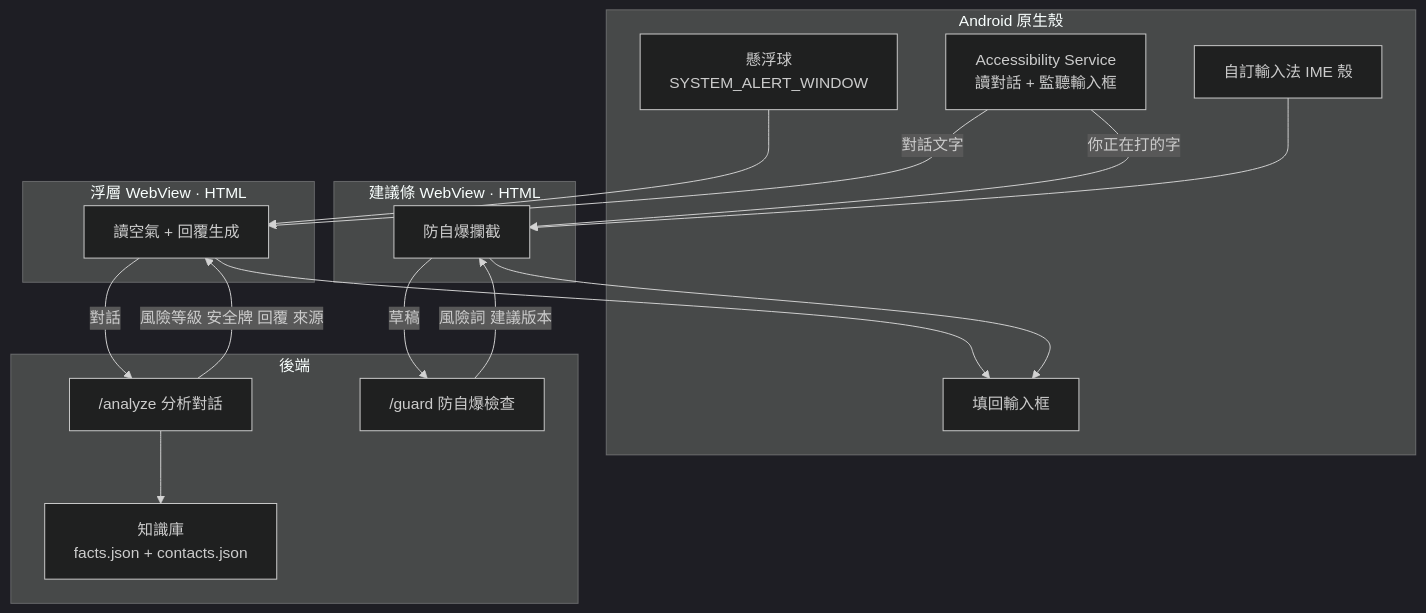
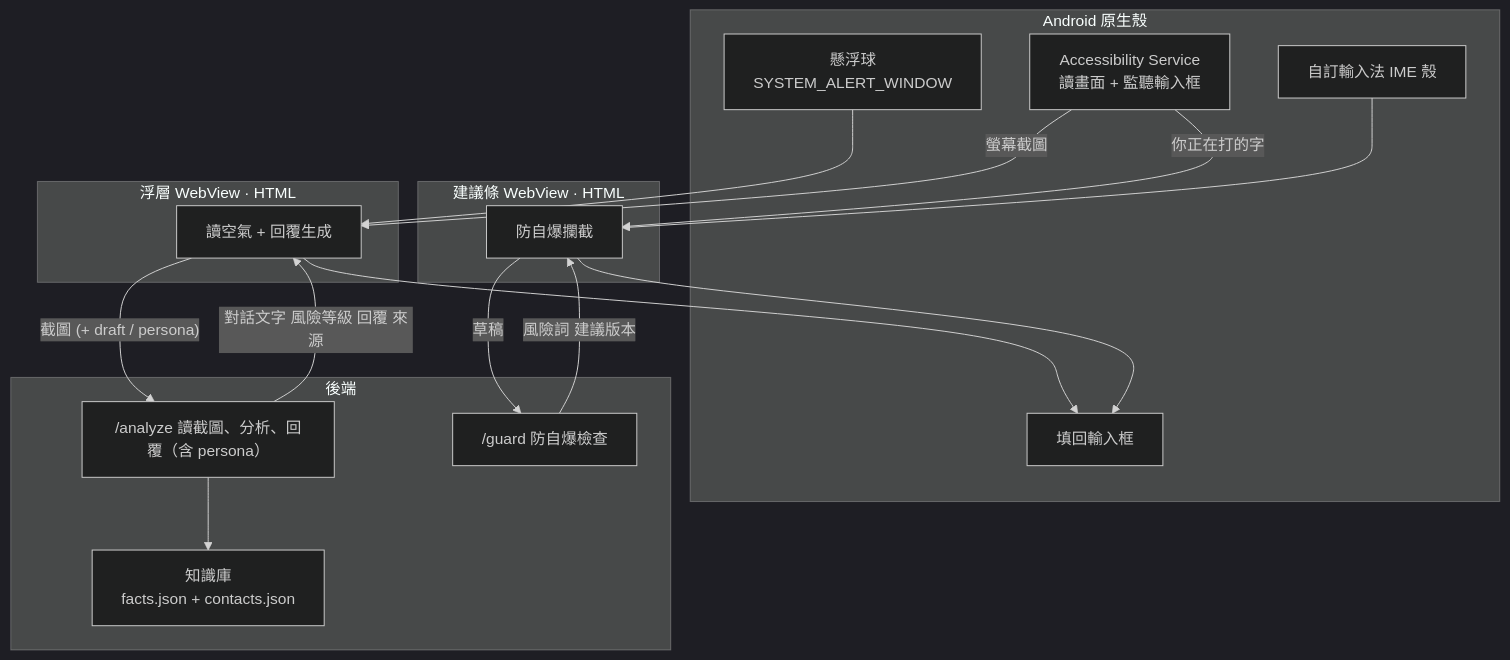
One commit to livetoearn33-dotcom/fm2026-bzzv changed the diagram in docs/spec.md. Above: the diagram before and after it, drawn with Mermaid (dark theme). The commit also changed other lines of this file and 15 other files, not shown here.

First line of the commit message:
backend+docs: 把 /analyze 真的改成 v0.2 架構（截圖輸入、砍安全牌、persona 併入、golden path 改二段式）

````diff
--- a/docs/spec.md
+++ b/docs/spec.md
@@ -56,31 +59,31 @@
 ```mermaid
 flowchart TB
     subgraph AND["Android 原生殼"]
         F["懸浮球<br/>SYSTEM_ALERT_WINDOW"]
-        R["Accessibility Service<br/>讀對話 + 監聽輸入框"]
+        R["Accessibility Service<br/>讀畫面 + 監聽輸入框"]
         IME["自訂輸入法 IME 殼"]
         P["填回輸入框"]
     end
     subgraph WEB1["浮層 WebView · HTML"]
         U1["讀空氣 + 回覆生成"]
     end
     subgraph WEB2["建議條 WebView · HTML"]
         U2["防自爆攔截"]
     end
     subgraph API["後端"]
-        S["/analyze 分析對話"]
+        S["/analyze 讀截圖、分析、回覆（含 persona）"]
         G["/guard 防自爆檢查"]
         K["知識庫<br/>facts.json + contacts.json"]
     end
     F --> U1
-    R -->|"對話文字"| U1
+    R -->|"螢幕截圖"| U1
     R -->|"你正在打的字"| U2
     IME --> U2
-    U1 -->|"對話"| S
+    U1 -->|"截圖 (+ draft / persona)"| S
     S --> K
-    S -->|"風險等級 安全牌 回覆 來源"| U1
+    S -->|"對話文字 風險等級 回覆 來源"| U1
     U2 -->|"草稿"| G
     G -->|"風險詞 建議版本"| U2
     U1 --> P
     U2 --> P
 ```
````
